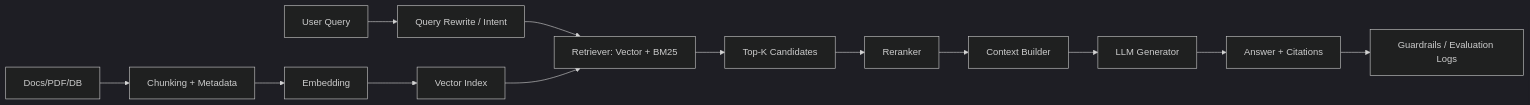
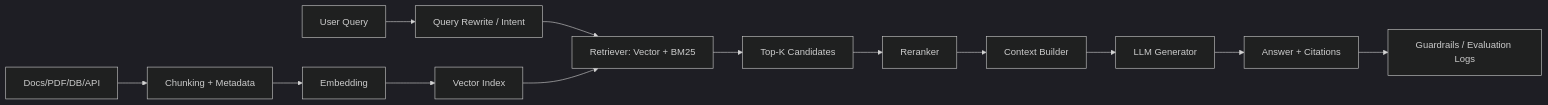
Before and after one commit to VinDeEE/ai_lesson: the diagram in docs/notes/RAG/RAG技术文档.md, drawn with Mermaid (dark theme). The commit also changed other lines of this file and 8 other files, not shown here.

````diff
--- a/docs/notes/RAG/RAG技术文档.md
+++ b/docs/notes/RAG/RAG技术文档.md
@@ -113,16 +149,16 @@
 ```mermaid
 flowchart LR
     A["User Query"] --> B["Query Rewrite / Intent"]
     B --> C["Retriever: Vector + BM25"]
     C --> D["Top-K Candidates"]
     D --> E["Reranker"]
     E --> F["Context Builder"]
     F --> G["LLM Generator"]
     G --> H["Answer + Citations"]
     H --> I["Guardrails / Evaluation Logs"]
 
-    J["Docs/PDF/DB"] --> K["Chunking + Metadata"]
+    J["Docs/PDF/DB/API"] --> K["Chunking + Metadata"]
     K --> L["Embedding"]
     L --> M["Vector Index"]
     M --> C
 ```
````
